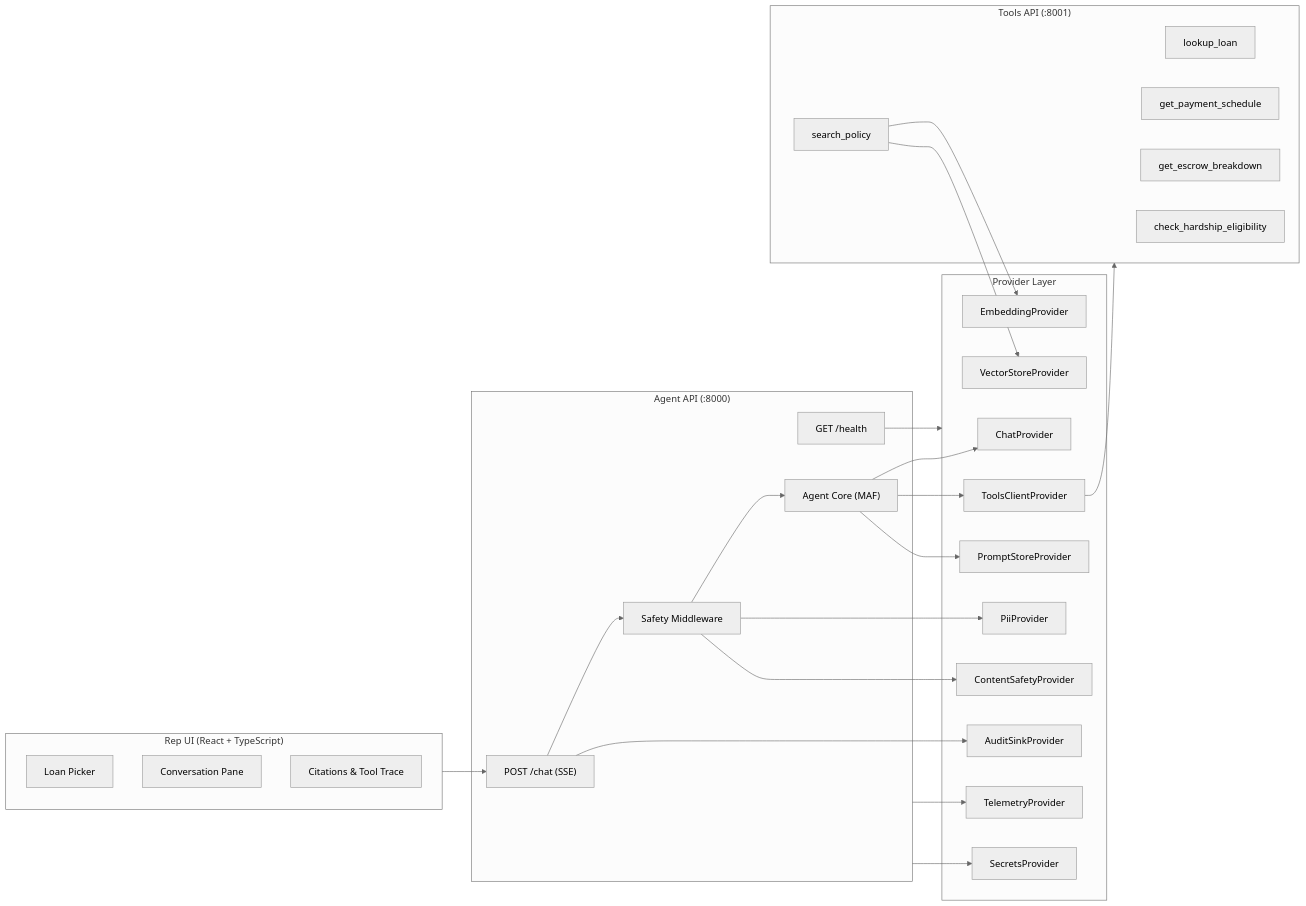
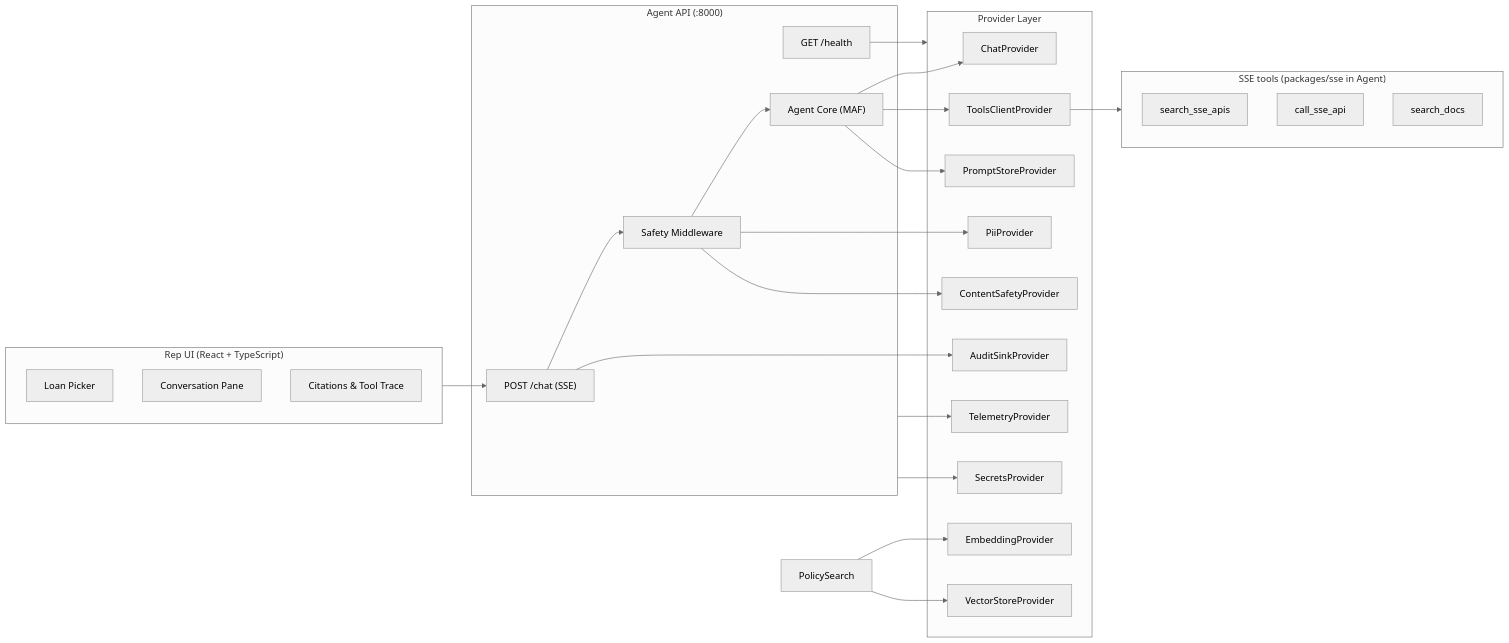
The diagram in docs/PRD.md (mohit-bohra-dev/LoanOps-Agent), drawn with Mermaid (neutral theme) before and after one commit. The commit also changed other lines of this file and 28 other files, not shown here.

First line of the commit message:
chore: remove tools_api; document SSE-only answer path

````diff
--- a/docs/PRD.md
+++ b/docs/PRD.md
@@ -313,52 +313,50 @@
 ```mermaid
 flowchart LR
     subgraph ui ["Rep UI (React + TypeScript)"]
         LoanPicker["Loan Picker"]
         Chat["Conversation Pane"]
         Citations["Citations & Tool Trace"]
     end
 
     subgraph agent ["Agent API (:8000)"]
         ChatEndpoint["POST /chat (SSE)"]
         Health["GET /health"]
         AgentCore["Agent Core (MAF)"]
         SafetyMiddleware["Safety Middleware"]
     end
 
-    subgraph tools ["Tools API (:8001)"]
-        LookupLoan["lookup_loan"]
-        PaySchedule["get_payment_schedule"]
-        EscrowBreak["get_escrow_breakdown"]
-        HardshipCheck["check_hardship_eligibility"]
-        PolicySearch["search_policy"]
+    subgraph tools ["SSE tools (packages/sse in Agent)"]
+        SearchSse["search_sse_apis"]
+        CallSse["call_sse_api"]
+        SearchDocs["search_docs"]
     end
 
     subgraph providers ["Provider Layer"]
         ChatProv["ChatProvider"]
         EmbedProv["EmbeddingProvider"]
         VectorProv["VectorStoreProvider"]
         PiiProv["PiiProvider"]
         SafetyProv["ContentSafetyProvider"]
         AuditProv["AuditSinkProvider"]
         SecretsProv["SecretsProvider"]
         TelProv["TelemetryProvider"]
         ToolsProv["ToolsClientProvider"]
         PromptProv["PromptStoreProvider"]
     end
 
     ui --> ChatEndpoint
     ChatEndpoint --> SafetyMiddleware
     SafetyMiddleware --> AgentCore
     AgentCore --> ChatProv
     AgentCore --> ToolsProv
     ToolsProv --> tools
     AgentCore --> PromptProv
     PolicySearch --> EmbedProv
     PolicySearch --> VectorProv
     SafetyMiddleware --> PiiProv
     SafetyMiddleware --> SafetyProv
     ChatEndpoint --> AuditProv
     agent --> TelProv
     agent --> SecretsProv
     Health --> providers
 ```
````
